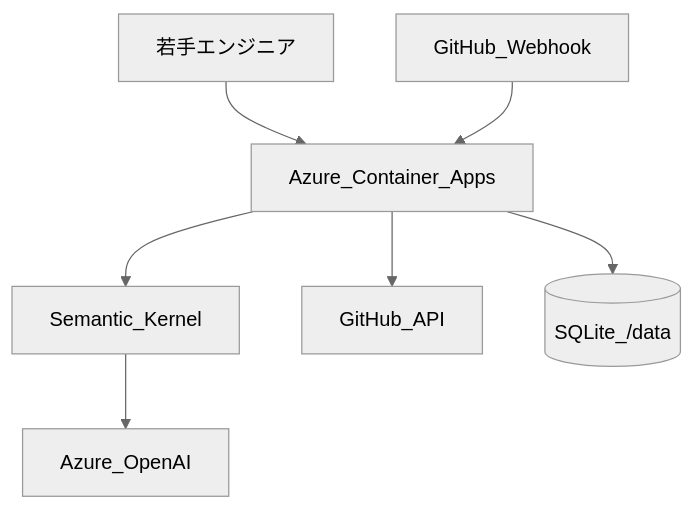
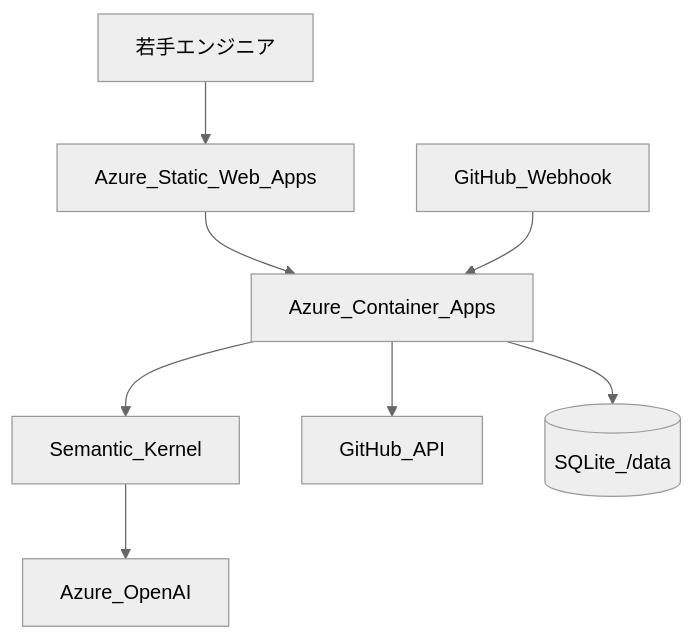
One commit to narita1980/norn-agents changed the second of 2 diagrams in docs/hackathon/AZURE_DEPLOY.md. Above: the diagram before and after it, drawn with Mermaid (neutral theme). The commit also changed other lines of this file and 13 other files, not shown here.

First line of the commit message:
Add Azure Static Web Apps frontend deploy and split architecture support.

````diff
--- a/docs/hackathon/AZURE_DEPLOY.md
+++ b/docs/hackathon/AZURE_DEPLOY.md
@@ -106,9 +221,10 @@
 ```mermaid
 flowchart TB
-  User[若手エンジニア] --> ACA[Azure_Container_Apps]
+  User[若手エンジニア] --> SWA[Azure_Static_Web_Apps]
+  SWA --> ACA[Azure_Container_Apps]
   GH[GitHub_Webhook] --> ACA
   ACA --> SK[Semantic_Kernel]
   SK --> AOAI[Azure_OpenAI]
   ACA --> GHAPI[GitHub_API]
   ACA --> DB[(SQLite_/data)]
 ```
````
